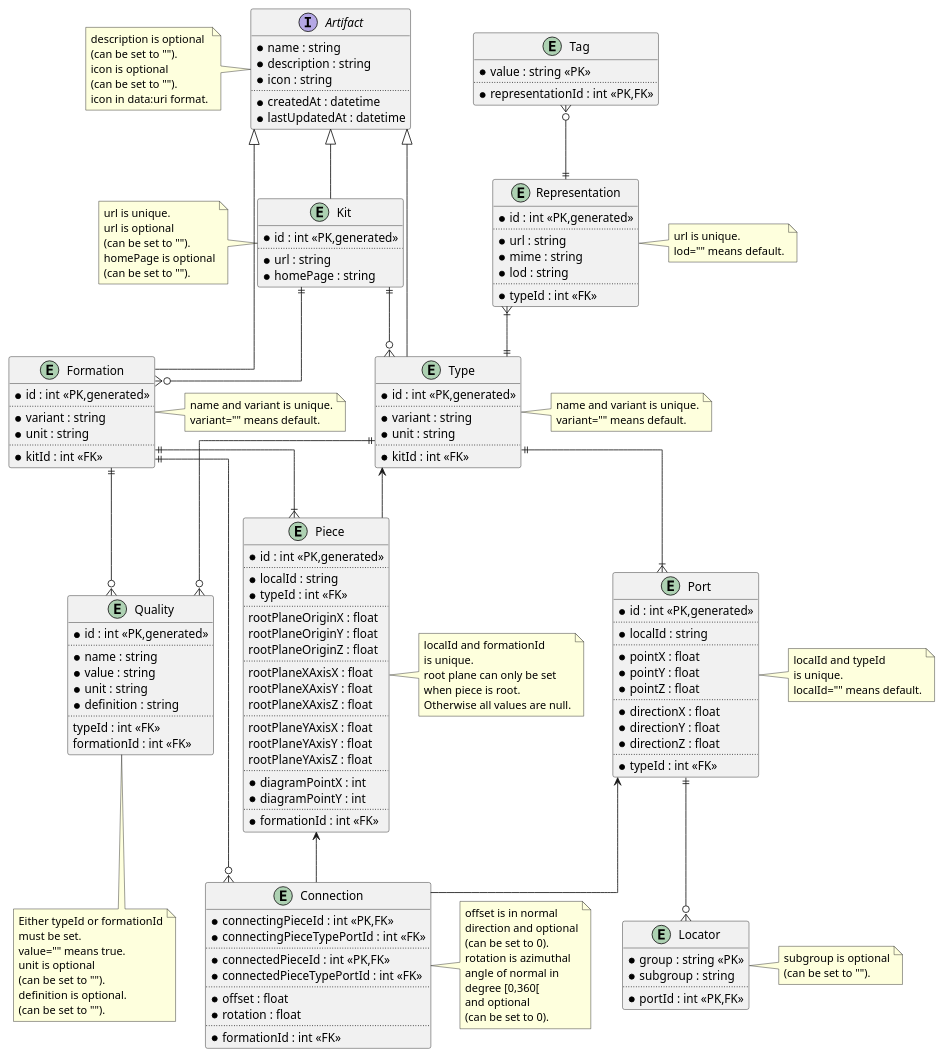
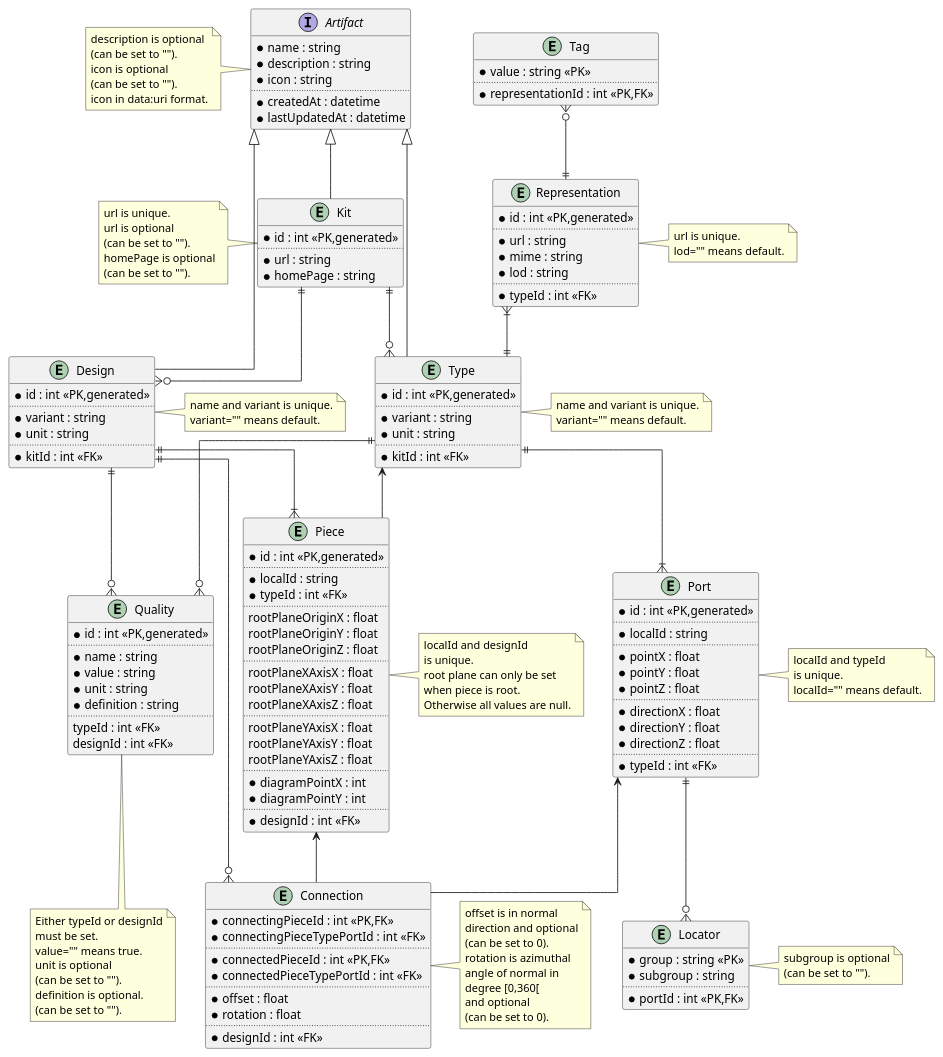
One commit to usalu/semio changed the diagram in engineering/dataarchitecture.pu. Above: the diagram before and after it, drawn with PlantUML. The commit also changed 58 other files, not shown here.

Commit message:
start rename formation to design

```diff
--- a/engineering/dataarchitecture.pu
+++ b/engineering/dataarchitecture.pu
@@ -94,10 +94,10 @@
     *definition : string
     ..
     typeId : int <<FK>>
-    formationId : int <<FK>>
+    designId : int <<FK>>
 }
 note bottom of Quality
-    Either typeId or formationId
+    Either typeId or designId
     must be set.
     value="" means true.
     unit is optional
@@ -138,10 +138,10 @@
     *diagramPointX : int
     *diagramPointY : int
     ..
-    *formationId : int <<FK>>
+    *designId : int <<FK>>
 }
 note right of Piece
-    localId and formationId
+    localId and designId
     is unique.
     root plane can only be set
     when piece is root.
@@ -158,7 +158,7 @@
     *offset : float
     *rotation : float
     ..
-    *formationId : int <<FK>>
+    *designId : int <<FK>>
 }
 note right of Connection
     offset is in normal 
@@ -171,7 +171,7 @@
     (can be set to 0). 
 end note
 
-entity Formation {
+entity Design {
     *id : int <<PK,generated>>
     ..
     *variant : string
@@ -179,27 +179,27 @@
     ..
     *kitId : int <<FK>>
 }
-note right of Formation
+note right of Design
     name and variant is unique.
     variant="" means default.
 end note
 
-Kit ||--o{ Formation
+Kit ||--o{ Design
 Kit ||--o{ Type 
 Tag }o--|| Representation
 Representation }|--|| Type
 Type ||--|{ Port
 Type ||--o{ Quality
-Formation ||--|{ Piece
-Formation ||--o{ Connection
-Formation ||--o{ Quality
+Design ||--|{ Piece
+Design ||--o{ Connection
+Design ||--o{ Quality
 Port ||--o{ Locator
 Type <-- Piece
 Piece <-- Connection
 Port <-- Connection
 
 Artifact <|-- Kit
-Artifact <|-- Formation
+Artifact <|-- Design
 Artifact <|-- Type
 
 @enduml
```
